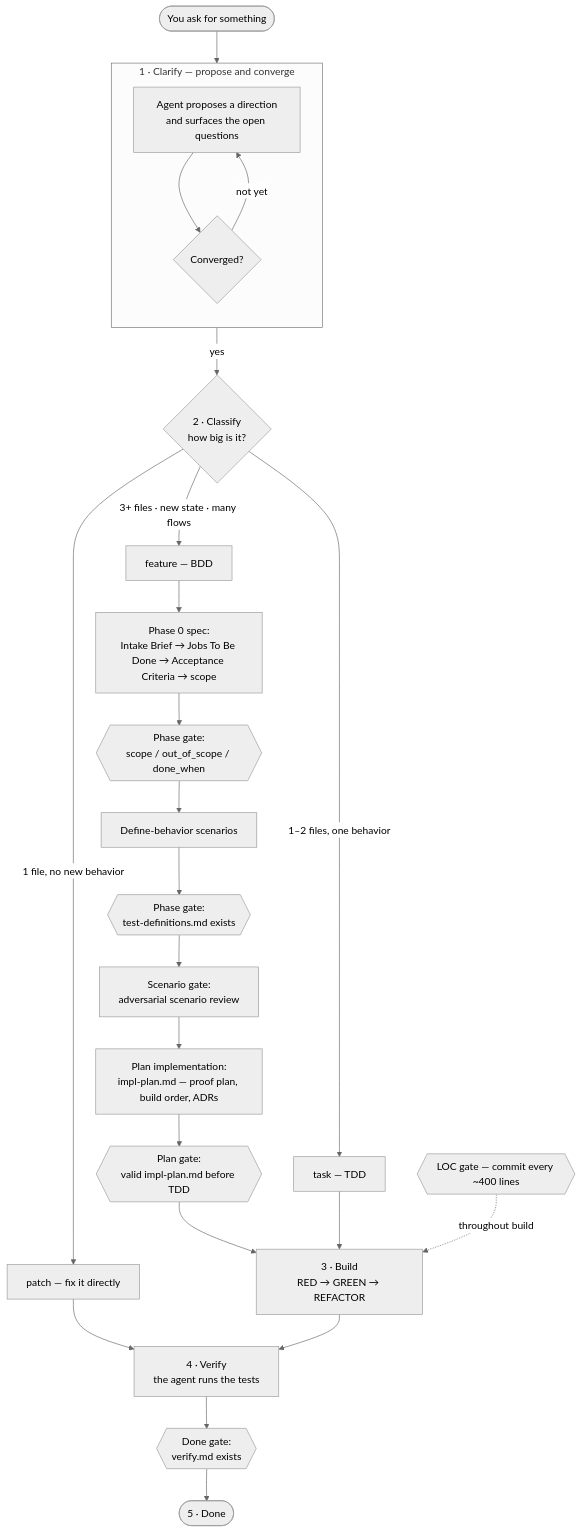
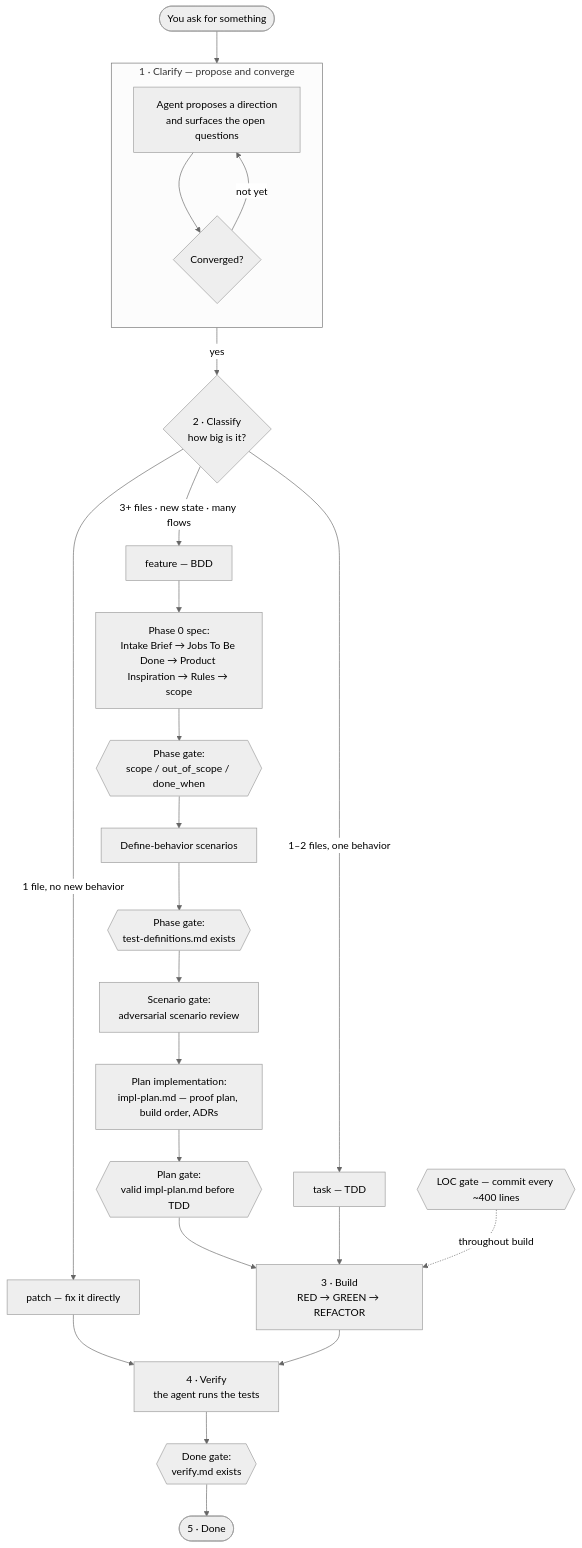
Before and after one commit to ArcadeAI/safeword: the diagram in packages/website/src/content/docs/getting-started/workflow.mdx, drawn with Mermaid (neutral theme). The commit also changed other lines of this file and 2 other files, not shown here.

Commit message:
docs: explain inspiration in feature delivery

````diff
--- a/packages/website/src/content/docs/getting-started/workflow.mdx
+++ b/packages/website/src/content/docs/getting-started/workflow.mdx
@@ -10,37 +10,37 @@
 ```mermaid
 flowchart TD
     start([You ask for something])
     start --> propose
 
     subgraph clarify ["1 · Clarify — propose and converge"]
       direction TB
       propose["Agent proposes a direction<br/>and surfaces the open questions"]
       converged{"Converged?"}
       propose --> converged
       converged -->|"not yet"| propose
     end
 
     converged -->|"yes"| classify{"2 · Classify<br/>how big is it?"}
 
     classify -->|"1 file, no new behavior"| patch["patch — fix it directly"]
     classify -->|"1–2 files, one behavior"| task["task — TDD"]
     classify -->|"3+ files · new state · many flows"| feature["feature — BDD"]
 
-    feature --> phase0["Phase 0 spec:<br/>Intake Brief → Jobs To Be Done → Acceptance Criteria → scope"]
+    feature --> phase0["Phase 0 spec:<br/>Intake Brief → Jobs To Be Done → Product Inspiration → Rules → scope"]
     phase0 --> g1{{"Phase gate:<br/>scope / out_of_scope / done_when"}}
     g1 --> scenarios["Define-behavior scenarios"]
     scenarios --> g2{{"Phase gate:<br/>test-definitions.md exists"}}
     g2 --> sgate["Scenario gate:<br/>adversarial scenario review"]
     sgate --> plan["Plan implementation:<br/>impl-plan.md — proof plan, build order, ADRs"]
     plan --> g2b{{"Plan gate:<br/>valid impl-plan.md before TDD"}}
     g2b --> build
 
     task --> build["3 · Build<br/>RED → GREEN → REFACTOR"]
     patch --> verify
 
     build --> verify["4 · Verify<br/>the agent runs the tests"]
     verify --> g3{{"Done gate:<br/>verify.md exists"}}
     g3 --> done([5 · Done])
 
     loc{{"LOC gate — commit every ~400 lines"}} -.->|throughout build| build
 ```
````
